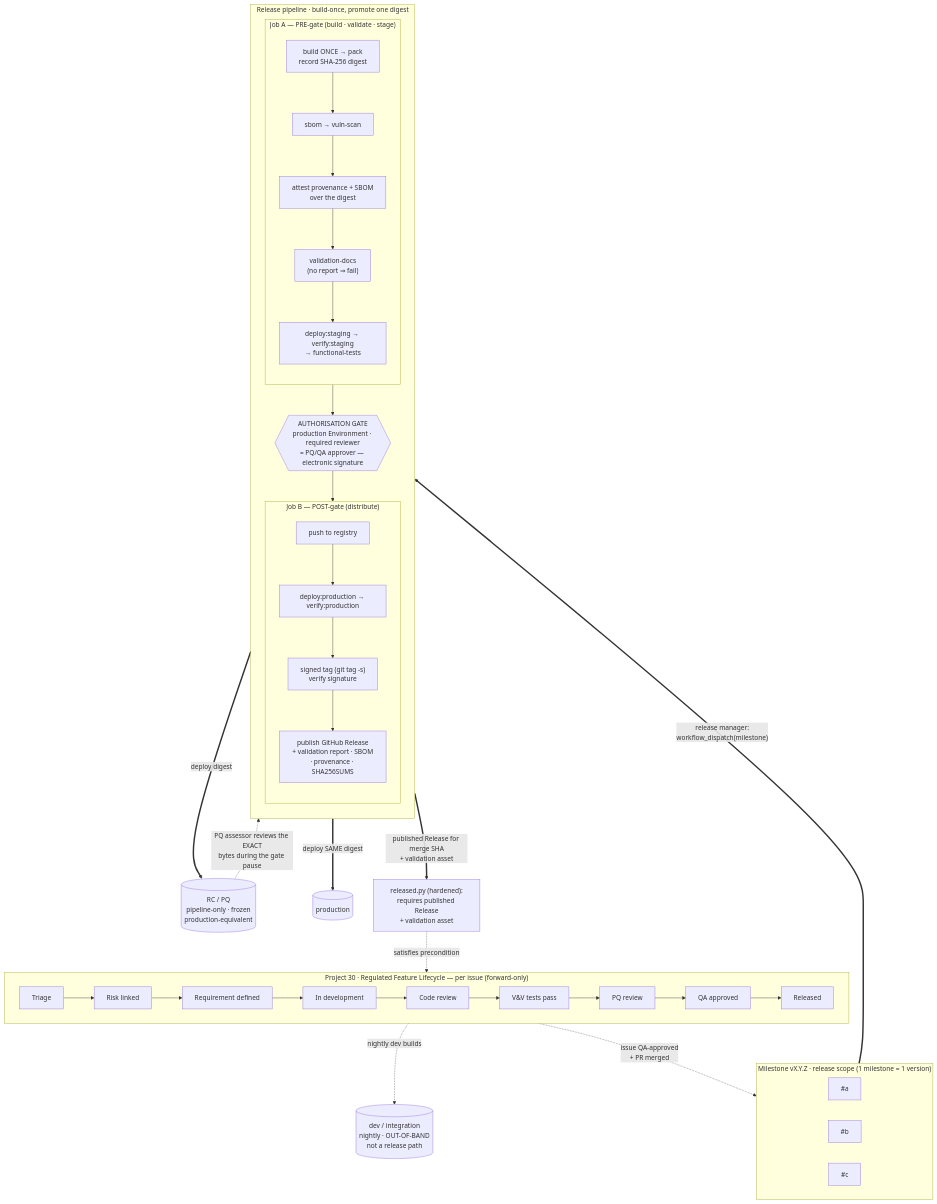
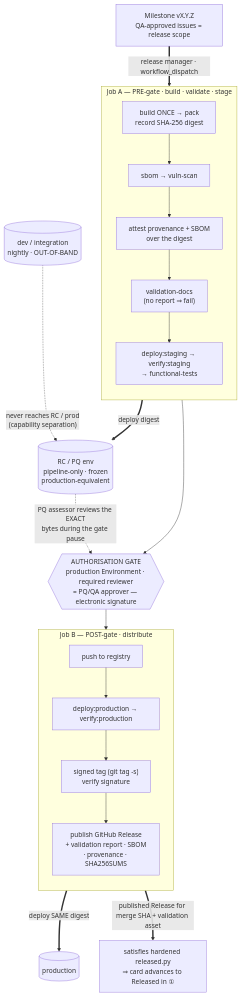
Before and after one commit to CCTC-team/.github: the second of 2 diagrams in AIPlans/Release process plan.md, drawn with Mermaid. The commit also changed other lines of this file, not shown here.

Commit message:
Split process diagram in two so mermaid renders cleanly
The single TB diagram forced the board's LR subgraph vertical (mermaid
discards subgraph direction when an edge crosses its boundary), making
the 9-stage lifecycle a giant vertical chain. Split into ① a standalone
horizontal board lifecycle (no cross-boundary edges, LR honoured) and
② a uniformly-TB release pipeline, linked by prose + the dashed return
arrow to Released.

````diff
--- a/AIPlans/Release process plan.md
+++ b/AIPlans/Release process plan.md
@@ -255,48 +272,23 @@
 ```mermaid
 flowchart TB
-    %% ---------- Project 30 board ----------
-    subgraph BOARD["Project 30 · Regulated Feature Lifecycle — per issue (forward-only)"]
-        direction LR
-        T[Triage] --> RL[Risk linked] --> RD[Requirement defined] --> DV[In development] --> CR[Code review] --> VV[V&V tests pass] --> PQc[PQ review] --> QAc[QA approved] --> RELc[Released]
+    MS["Milestone vX.Y.Z<br/>QA-approved issues = release scope"] == "release manager · workflow_dispatch" ==> A1
+
+    subgraph JOBA["Job A — PRE-gate · build · validate · stage"]
+        direction TB
+        A1["build ONCE → pack<br/>record SHA-256 digest"] --> A2["sbom → vuln-scan"] --> A3["attest provenance + SBOM<br/>over the digest"] --> A4["validation-docs<br/>(no report ⇒ fail)"] --> A5["deploy:staging → verify:staging<br/>→ functional-tests"]
     end
 
-    %% ---------- Milestone ----------
-    QAc -. "issue QA-approved<br/>+ PR merged" .-> MS
-    subgraph MS["Milestone vX.Y.Z · release scope (1 milestone = 1 version)"]
-        direction LR
-        I1["#a"]
-        I2["#b"]
-        I3["#c"]
+    A5 == "deploy digest" ==> RCENV[("RC / PQ env<br/>pipeline-only · frozen<br/>production-equivalent")]
+    A5 --> GATE{{"AUTHORISATION GATE<br/>production Environment · required reviewer<br/>= PQ/QA approver — electronic signature"}}
+    RCENV -. "PQ assessor reviews the EXACT<br/>bytes during the gate pause" .-> GATE
+    GATE --> Bp
+
+    subgraph JOBB["Job B — POST-gate · distribute"]
+        direction TB
+        Bp["push to registry"] --> Bd["deploy:production → verify:production"] --> Bt["signed tag (git tag -s)<br/>verify signature"] --> Br["publish GitHub Release<br/>+ validation report · SBOM<br/>· provenance · SHA256SUMS"]
     end
 
-    MS == "release manager:<br/>workflow_dispatch(milestone)" ==> JOBA
-
-    %% ---------- Release pipeline ----------
-    subgraph PIPE["Release pipeline · build-once, promote one digest"]
-        direction TB
-        subgraph JOBA["Job A — PRE-gate (build · validate · stage)"]
-            direction TB
-            A1["build ONCE → pack<br/>record SHA-256 digest"] --> A2["sbom → vuln-scan"] --> A3["attest provenance + SBOM<br/>over the digest"] --> A4["validation-docs<br/>(no report ⇒ fail)"] --> A5["deploy:staging → verify:staging<br/>→ functional-tests"]
-        end
-        GATE{{"AUTHORISATION GATE<br/>production Environment · required reviewer<br/>= PQ/QA approver — electronic signature"}}
-        subgraph JOBB["Job B — POST-gate (distribute)"]
-            direction TB
-            Bp["push to registry"] --> Bd["deploy:production → verify:production"] --> Bt["signed tag (git tag -s)<br/>verify signature"] --> Br["publish GitHub Release<br/>+ validation report · SBOM<br/>· provenance · SHA256SUMS"]
-        end
-        A5 --> GATE --> Bp
-    end
-
-    %% ---------- Environments ----------
-    DEVENV[("dev / integration<br/>nightly · OUT-OF-BAND<br/>not a release path")]
-    RCENV[("RC / PQ<br/>pipeline-only · frozen<br/>production-equivalent")]
-    PRODENV[("production")]
-
-    DV -. "nightly dev builds" .-> DEVENV
-    A5 == "deploy digest" ==> RCENV
-    RCENV -. "PQ assessor reviews the EXACT<br/>bytes during the gate pause" .-> GATE
-    Bd == "deploy SAME digest" ==> PRODENV
-
-    %% ---------- Close the loop ----------
-    Br == "published Release for merge SHA<br/>+ validation asset" ==> RELG
-    RELG["released.py (hardened):<br/>requires published Release<br/>+ validation asset"] -. "satisfies precondition" .-> RELc
+    Bd == "deploy SAME digest" ==> PRODENV[("production")]
+    DEVENV[("dev / integration<br/>nightly · OUT-OF-BAND")] -. "never reaches RC / prod<br/>(capability separation)" .-> RCENV
+    Br == "published Release for merge SHA + validation asset" ==> RELG["satisfies hardened released.py<br/>⇒ card advances to Released in ①"]
 ```
````
